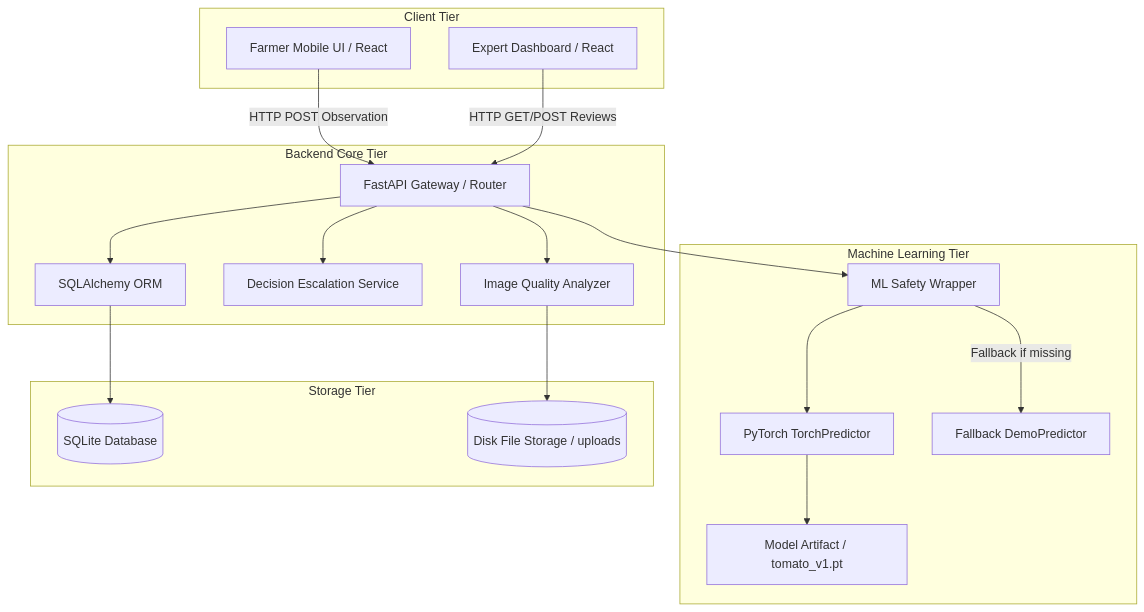
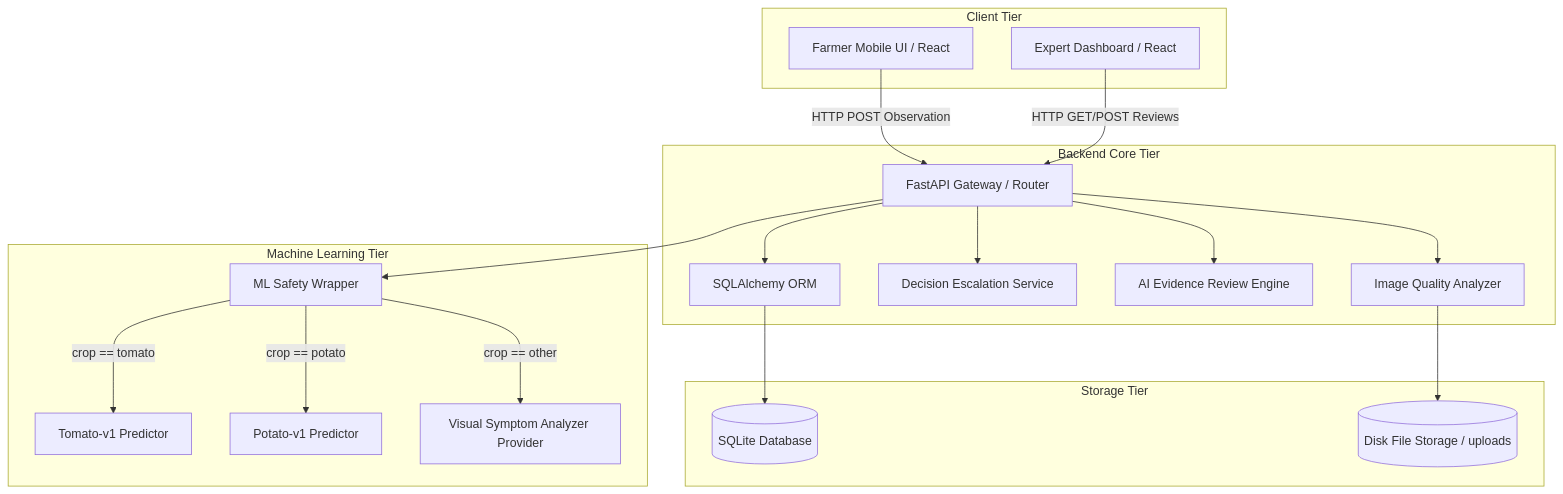
Before and after one commit to Dhinesh-1807/HortiSentry-AI: the first of 2 diagrams in docs/architecture.md, drawn with Mermaid. The commit also changed other lines of this file and 19 other files, not shown here.

````diff
--- a/docs/architecture.md
+++ b/docs/architecture.md
@@ -13,38 +13,40 @@
 ```mermaid
 graph TD
     subgraph Client Tier
         Farmer[Farmer Mobile UI / React]
         Expert[Expert Dashboard / React]
     end
 
     subgraph Backend Core Tier
         API[FastAPI Gateway / Router]
         Quality[Image Quality Analyzer]
         Escalation[Decision Escalation Service]
+        Evidence[AI Evidence Review Engine]
         ORM[SQLAlchemy ORM]
     end
 
     subgraph Machine Learning Tier
         MLService[ML Safety Wrapper]
-        TorchPredictor[PyTorch TorchPredictor]
-        DemoPredictor[Fallback DemoPredictor]
-        Weights[Model Artifact / tomato_v1.pt]
+        TorchTomato[Tomato-v1 Predictor]
+        TorchPotato[Potato-v1 Predictor]
+        VisualAnalyzer[Visual Symptom Analyzer Provider]
     end
 
     subgraph Storage Tier
         DB[(SQLite Database)]
         Uploads[(Disk File Storage / uploads)]
     end
 
     Farmer -->|HTTP POST Observation| API
     Expert -->|HTTP GET/POST Reviews| API
     API --> Quality
     API --> MLService
-    MLService --> TorchPredictor
-    TorchPredictor --> Weights
-    MLService -->|Fallback if missing| DemoPredictor
+    MLService -->|crop == tomato| TorchTomato
+    MLService -->|crop == potato| TorchPotato
+    MLService -->|crop == other| VisualAnalyzer
     API --> Escalation
+    API --> Evidence
     API --> ORM
     ORM --> DB
     Quality --> Uploads
 ```
````
